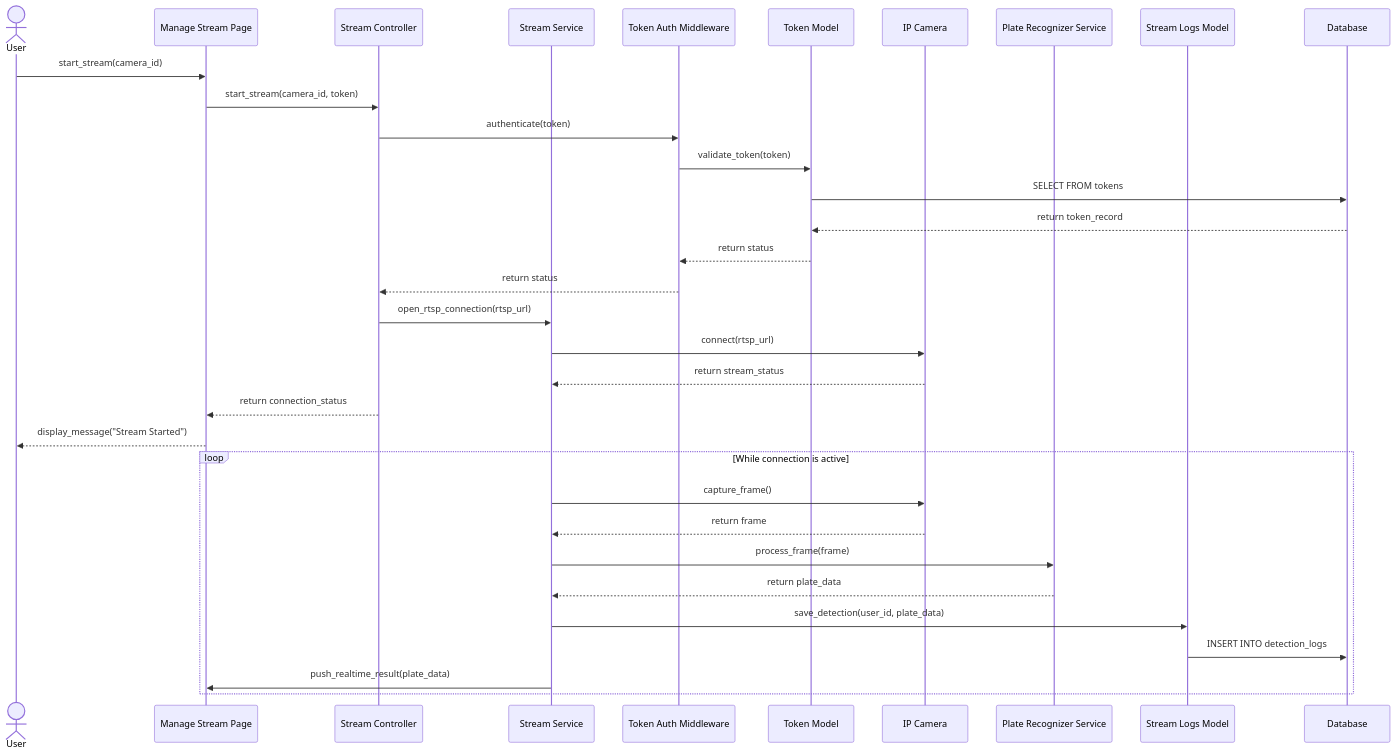
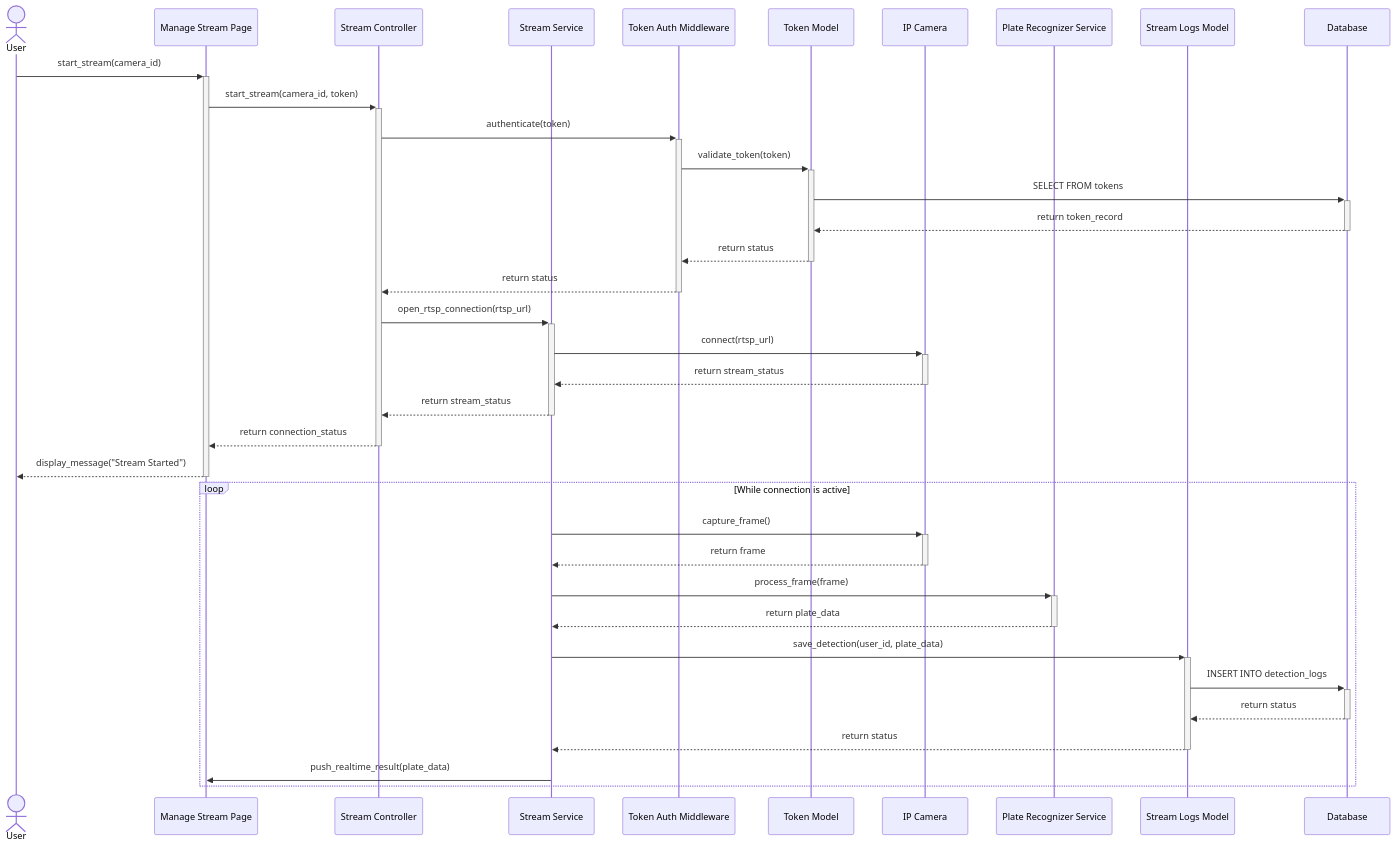
Before and after one commit to Tanaphat-Ken/ALPR-V2: diagram 13 of 20 in SYSTEM_DIAGRAMS.md, drawn with Mermaid. The commit also changed other lines of this file, not shown here.

First line of the commit message:
fix: resolve Mermaid activation bar errors across sequence diagrams

````diff
--- a/SYSTEM_DIAGRAMS.md
+++ b/SYSTEM_DIAGRAMS.md
@@ -530,37 +555,40 @@
 ```mermaid
 sequenceDiagram
     actor User
     participant StreamPage as Manage Stream Page
     participant StreamController as Stream Controller
     participant StreamService as Stream Service
     participant TAM as Token Auth Middleware
     participant TokenModel as Token Model
     participant CAM as IP Camera
     participant PR as Plate Recognizer Service
     participant StreamLogsModel as Stream Logs Model
     participant DB as Database
 
-    User->>StreamPage: start_stream(camera_id)
-    StreamPage->>StreamController: start_stream(camera_id, token)
-    StreamController->>TAM: authenticate(token)
-    TAM->>TokenModel: validate_token(token)
-    TokenModel->>DB: SELECT FROM tokens
-    DB-->>TokenModel: return token_record
-    TokenModel-->>TAM: return status
-    TAM-->>StreamController: return status
-    StreamController->>StreamService: open_rtsp_connection(rtsp_url)
-    StreamService->>CAM: connect(rtsp_url)
-    CAM-->>StreamService: return stream_status
-    StreamController-->>StreamPage: return connection_status
-    StreamPage-->>User: display_message("Stream Started")
+    User->>+StreamPage: start_stream(camera_id)
+    StreamPage->>+StreamController: start_stream(camera_id, token)
+    StreamController->>+TAM: authenticate(token)
+    TAM->>+TokenModel: validate_token(token)
+    TokenModel->>+DB: SELECT FROM tokens
+    DB-->>-TokenModel: return token_record
+    TokenModel-->>-TAM: return status
+    TAM-->>-StreamController: return status
+    StreamController->>+StreamService: open_rtsp_connection(rtsp_url)
+    StreamService->>+CAM: connect(rtsp_url)
+    CAM-->>-StreamService: return stream_status
+    StreamService-->>-StreamController: return stream_status
+    StreamController-->>-StreamPage: return connection_status
+    StreamPage-->>-User: display_message("Stream Started")
 
     loop While connection is active
-        StreamService->>CAM: capture_frame()
-        CAM-->>StreamService: return frame
-        StreamService->>PR: process_frame(frame)
-        PR-->>StreamService: return plate_data
-        StreamService->>StreamLogsModel: save_detection(user_id, plate_data)
-        StreamLogsModel->>DB: INSERT INTO detection_logs
+        StreamService->>+CAM: capture_frame()
+        CAM-->>-StreamService: return frame
+        StreamService->>+PR: process_frame(frame)
+        PR-->>-StreamService: return plate_data
+        StreamService->>+StreamLogsModel: save_detection(user_id, plate_data)
+        StreamLogsModel->>+DB: INSERT INTO detection_logs
+        DB-->>-StreamLogsModel: return status
+        StreamLogsModel-->>-StreamService: return status
         StreamService->>StreamPage: push_realtime_result(plate_data)
     end
 ```
````
